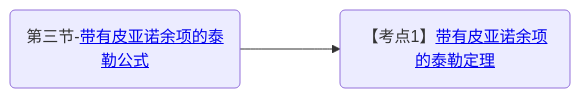
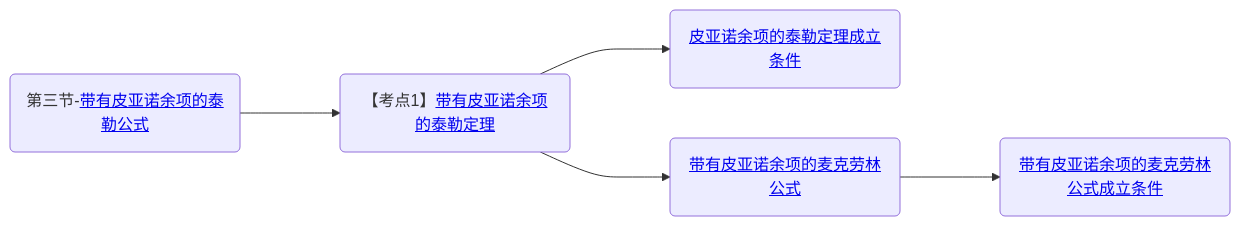
Before and after one commit to yuebinghui/note: the third of 3 diagrams in 笔记/数学/周洋鑫/基础班/00.大纲.md, drawn with Mermaid. The commit also changed 5 other files, not shown here.

````diff
--- a/笔记/数学/周洋鑫/基础班/00.大纲.md
+++ b/笔记/数学/周洋鑫/基础班/00.大纲.md
@@ -88,9 +88,12 @@
 ```mermaid
 graph LR
 
 带有皮亚诺余项的泰勒公式(第三节-<a href="/Users/yuebinghui/Documents/program/github/note/笔记/数学/周洋鑫/基础班/03.泰勒公式-洛必达法则.md#带有皮亚诺余项的泰勒公式">带有皮亚诺余项的泰勒公式</>)
 
 带有皮亚诺余项的泰勒公式--->带有皮亚诺余项的泰勒定理(【考点1】<a href="/Users/yuebinghui/Documents/program/github/note/笔记/数学/周洋鑫/基础班/03.泰勒公式-洛必达法则.md#带有皮亚诺余项的泰勒定理">带有皮亚诺余项的泰勒定理</>)
+带有皮亚诺余项的泰勒定理--->皮亚诺余项的泰勒定理成立条件(<a href="/Users/yuebinghui/Documents/program/github/note/笔记/数学/周洋鑫/基础班/03.泰勒公式-洛必达法则.md#皮亚诺余项的泰勒定理成立条件">皮亚诺余项的泰勒定理成立条件</>)
+带有皮亚诺余项的泰勒定理--->带有皮亚诺余项的麦克劳林公式(<a href="/Users/yuebinghui/Documents/program/github/note/笔记/数学/周洋鑫/基础班/03.泰勒公式-洛必达法则.md#带有皮亚诺余项的麦克劳林公式">带有皮亚诺余项的麦克劳林公式</>)
+带有皮亚诺余项的麦克劳林公式--->带有皮亚诺余项的麦克劳林公式成立条件(<a href="/Users/yuebinghui/Documents/program/github/note/笔记/数学/周洋鑫/基础班/03.泰勒公式-洛必达法则.md#带有皮亚诺余项的麦克劳林公式成立条件">带有皮亚诺余项的麦克劳林公式成立条件</>)
 
 
 ```
````
